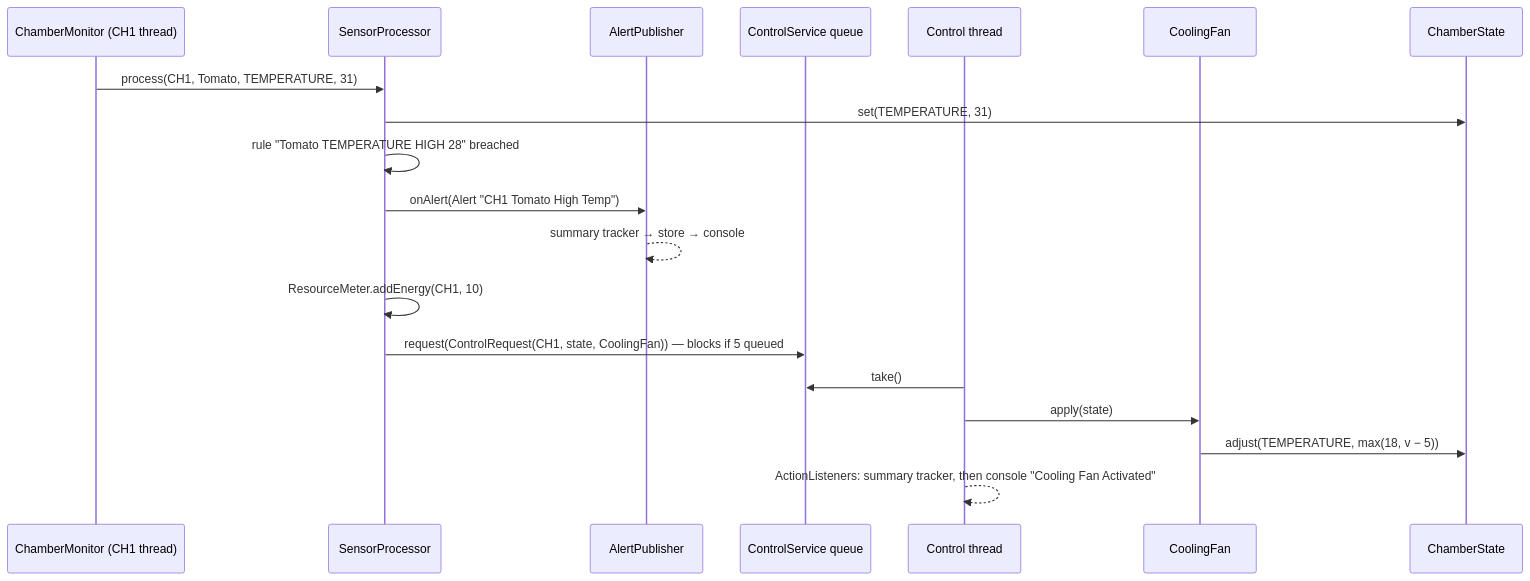
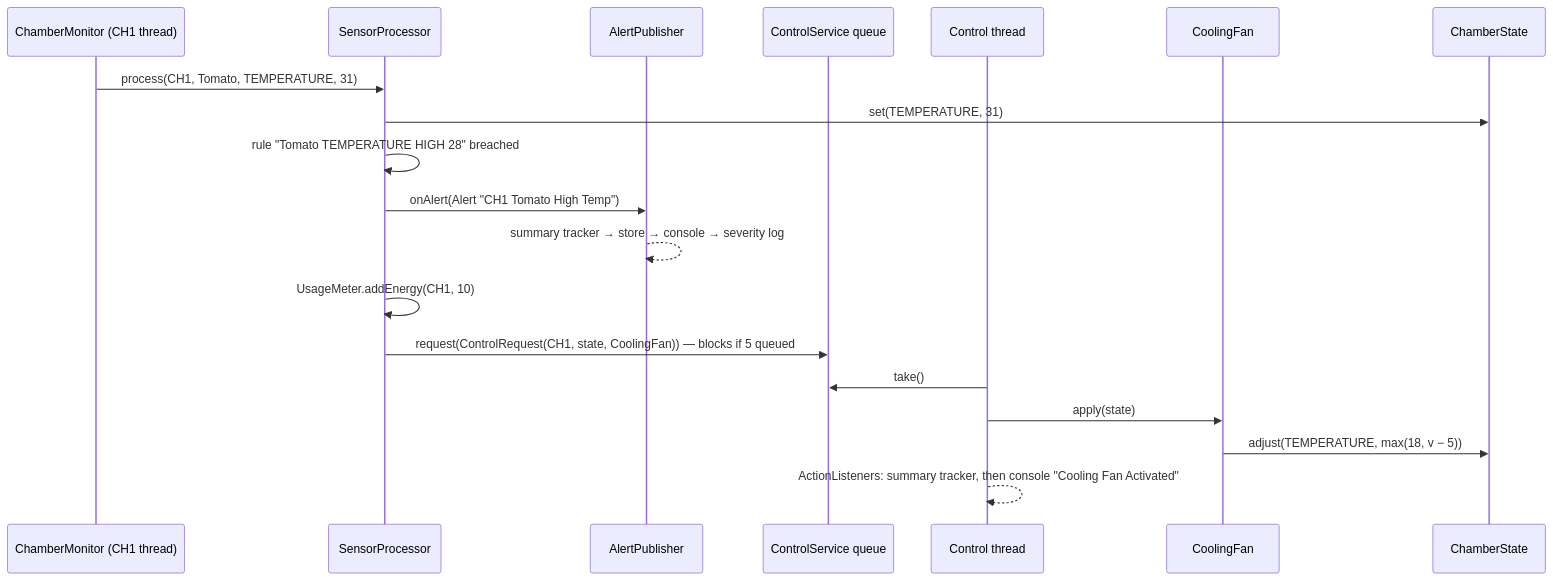
Before and after one commit to ansonpoh/SE301_Project: the second of 2 diagrams in README.md, drawn with Mermaid. The commit also changed other lines of this file and 11 other files, not shown here.

Commit message:
Fix stale and incorrect doc details (crops.csv columns, diagram, package table, phase docs), regenerate README.pdf and run.jar

````diff
--- a/README.md
+++ b/README.md
@@ -237,21 +248,21 @@
 ```mermaid
 sequenceDiagram
     participant M as ChamberMonitor (CH1 thread)
     participant P as SensorProcessor
     participant A as AlertPublisher
     participant Q as ControlService queue
     participant C as Control thread
     participant F as CoolingFan
     participant S as ChamberState
     M->>P: process(CH1, Tomato, TEMPERATURE, 31)
     P->>S: set(TEMPERATURE, 31)
     P->>P: rule "Tomato TEMPERATURE HIGH 28" breached
     P->>A: onAlert(Alert "CH1 Tomato High Temp")
-    A-->>A: summary tracker → store → console
-    P->>P: ResourceMeter.addEnergy(CH1, 10)
+    A-->>A: summary tracker → store → console → severity log
+    P->>P: UsageMeter.addEnergy(CH1, 10)
     P->>Q: request(ControlRequest(CH1, state, CoolingFan)) — blocks if 5 queued
     C->>Q: take()
     C->>F: apply(state)
     F->>S: adjust(TEMPERATURE, max(18, v − 5))
     C-->>C: ActionListeners: summary tracker, then console "Cooling Fan Activated"
 ```
````
